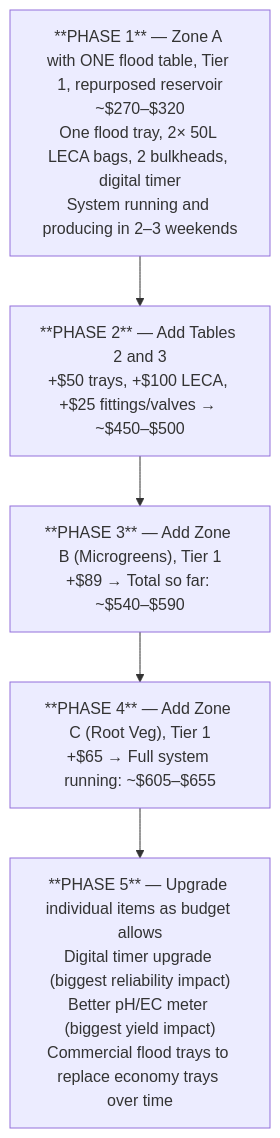
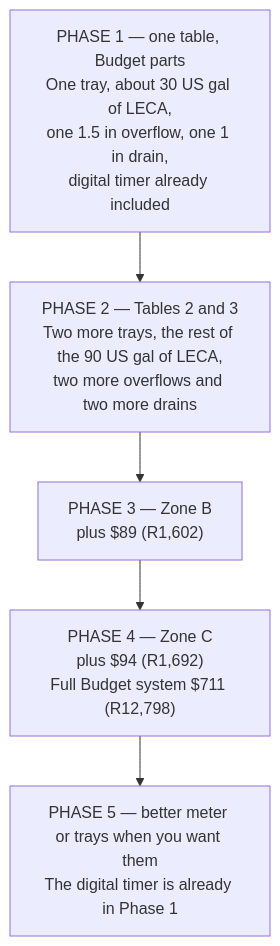
The first of 3 diagrams in guide/ebb-and-flow/12-budget-and-sourcing.md (UncleJS/guide_hydroponics), drawn with Mermaid before and after one commit. The commit also changed other lines of this file and 35 other files, not shown here.

````diff
--- a/guide/ebb-and-flow/12-budget-and-sourcing.md
+++ b/guide/ebb-and-flow/12-budget-and-sourcing.md
@@ -362,10 +364,10 @@
 ```mermaid
 flowchart TD
-    P1["**PHASE 1** — Zone A with ONE flood table, Tier 1, repurposed reservoir<br/>~$270–$320<br/>One flood tray, 2× 50L LECA bags, 2 bulkheads, digital timer<br/>System running and producing in 2–3 weekends"]
-    P2["**PHASE 2** — Add Tables 2 and 3<br/>+$50 trays, +$100 LECA, +$25 fittings/valves → ~$450–$500"]
-    P3["**PHASE 3** — Add Zone B (Microgreens), Tier 1<br/>+$89 → Total so far: ~$540–$590"]
-    P4["**PHASE 4** — Add Zone C (Root Veg), Tier 1<br/>+$65 → Full system running: ~$605–$655"]
-    P5["**PHASE 5** — Upgrade individual items as budget allows<br/>Digital timer upgrade (biggest reliability impact)<br/>Better pH/EC meter (biggest yield impact)<br/>Commercial flood trays to replace economy trays over time"]
+    P1["PHASE 1 — one table, Budget parts<br/>One tray, about 30 US gal of LECA,<br/>one 1.5 in overflow, one 1 in drain,<br/>digital timer already included"]
+    P2["PHASE 2 — Tables 2 and 3<br/>Two more trays, the rest of the 90 US gal of LECA,<br/>two more overflows and two more drains"]
+    P3["PHASE 3 — Zone B<br/>plus $89 (R1,602)"]
+    P4["PHASE 4 — Zone C<br/>plus $94 (R1,692)<br/>Full Budget system $711 (R12,798)"]
+    P5["PHASE 5 — better meter or trays when you want them<br/>The digital timer is already in Phase 1"]
 
     P1 --> P2 --> P3 --> P4 --> P5
 ```
````
